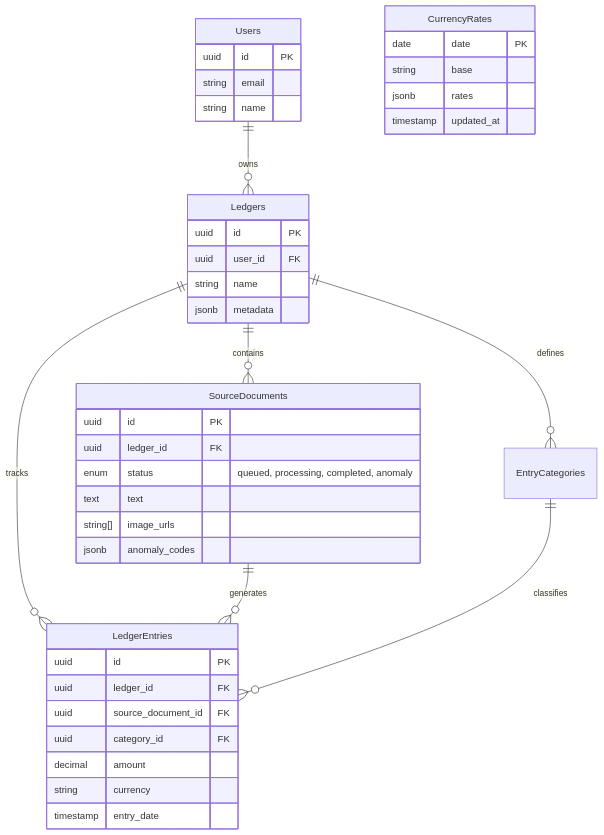
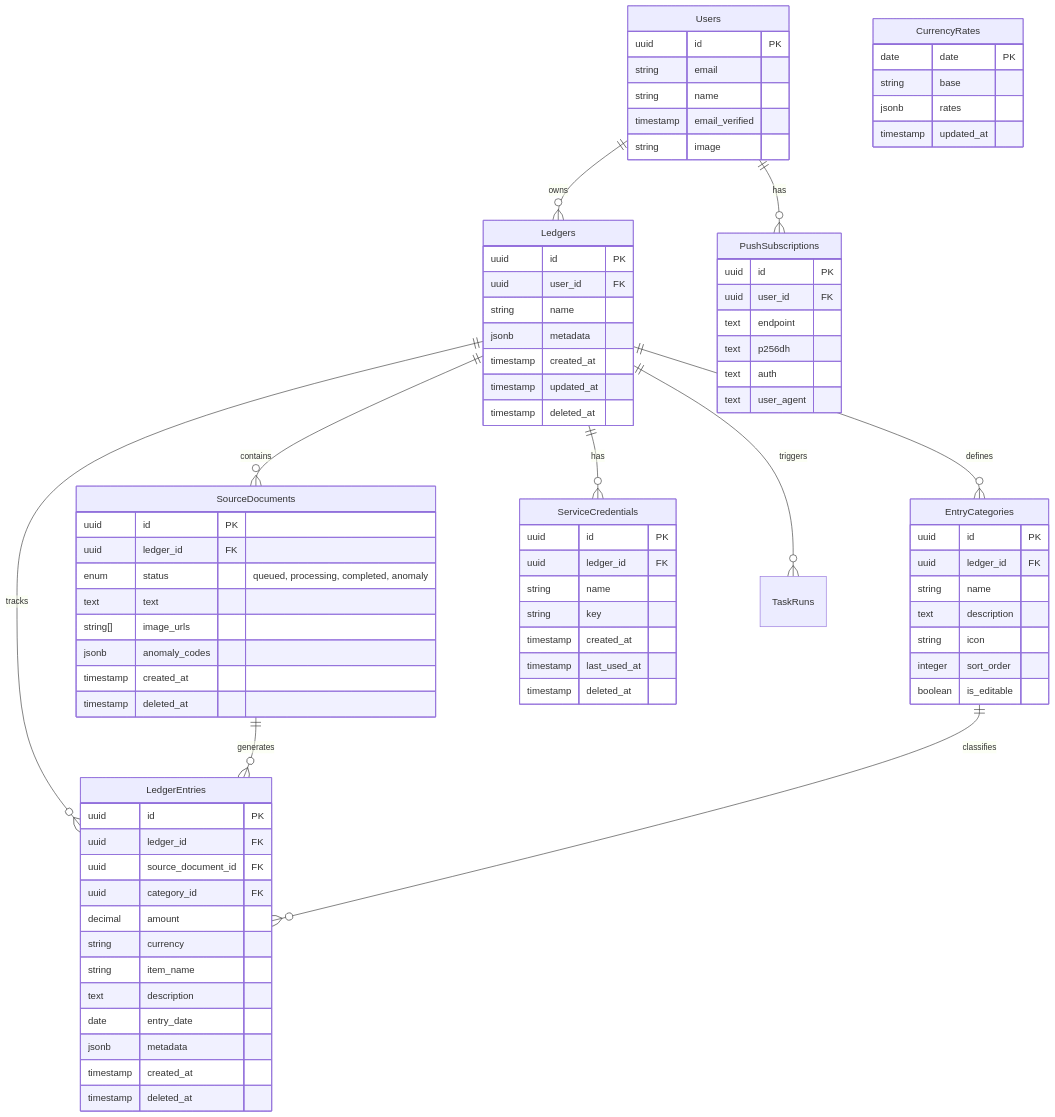
One commit to Xiangyu-Labs/Cashier changed the diagram in docs/database_schema.md. Above: the diagram before and after it, drawn with Mermaid. The commit also changed other lines of this file and 9 other files, not shown here.

Commit message:
refactor: Consolidate service credential logic into actions, remove unused source document action, and update database schema documentation.

````diff
--- a/docs/database_schema.md
+++ b/docs/database_schema.md
@@ -7,9 +7,12 @@
 ```mermaid
 erDiagram
     Users ||--o{ Ledgers : owns
+    Users ||--o{ PushSubscriptions : has
     Ledgers ||--o{ SourceDocuments : contains
     Ledgers ||--o{ LedgerEntries : tracks
     Ledgers ||--o{ EntryCategories : defines
+    Ledgers ||--o{ ServiceCredentials : has
+    Ledgers ||--o{ TaskRuns : triggers
     SourceDocuments ||--o{ LedgerEntries : generates
     EntryCategories ||--o{ LedgerEntries : classifies
 
@@ -17,6 +20,8 @@
         uuid id PK
         string email
         string name
+        timestamp email_verified
+        string image
     }
 
     Ledgers {
@@ -24,6 +29,9 @@
         uuid user_id FK
         string name
         jsonb metadata
+        timestamp created_at
+        timestamp updated_at
+        timestamp deleted_at
     }
 
     SourceDocuments {
@@ -33,6 +41,8 @@
         text text
         string[] image_urls
         jsonb anomaly_codes
+        timestamp created_at
+        timestamp deleted_at
     }
 
     LedgerEntries {
@@ -42,7 +52,22 @@
         uuid category_id FK
         decimal amount
         string currency
-        timestamp entry_date
+        string item_name
+        text description
+        date entry_date
+        jsonb metadata
+        timestamp created_at
+        timestamp deleted_at
+    }
+
+    EntryCategories {
+        uuid id PK
+        uuid ledger_id FK
+        string name
+        text description
+        string icon
+        integer sort_order
+        boolean is_editable
     }
 
     CurrencyRates {
@@ -51,4 +76,23 @@
         jsonb rates
         timestamp updated_at
     }
+
+    ServiceCredentials {
+        uuid id PK
+        uuid ledger_id FK
+        string name
+        string key
+        timestamp created_at
+        timestamp last_used_at
+        timestamp deleted_at
+    }
+
+    PushSubscriptions {
+        uuid id PK
+        uuid user_id FK
+        text endpoint
+        text p256dh
+        text auth
+        text user_agent
+    }
 ```
````
